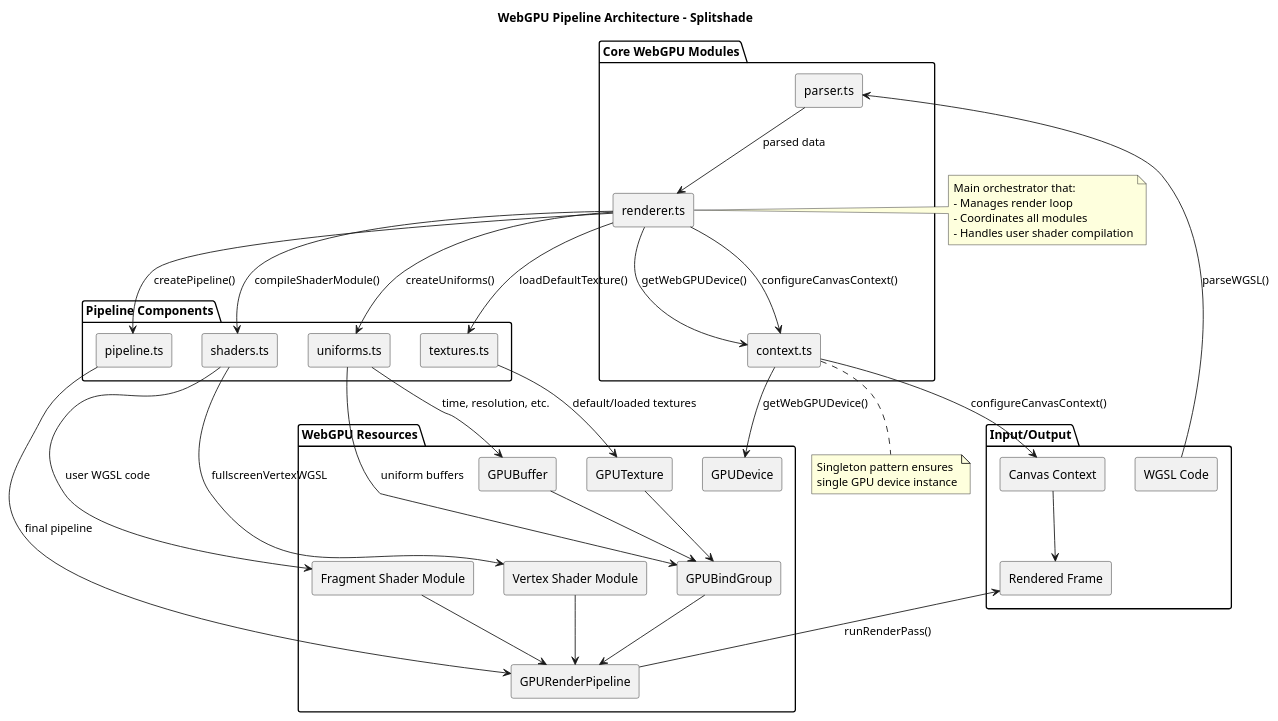
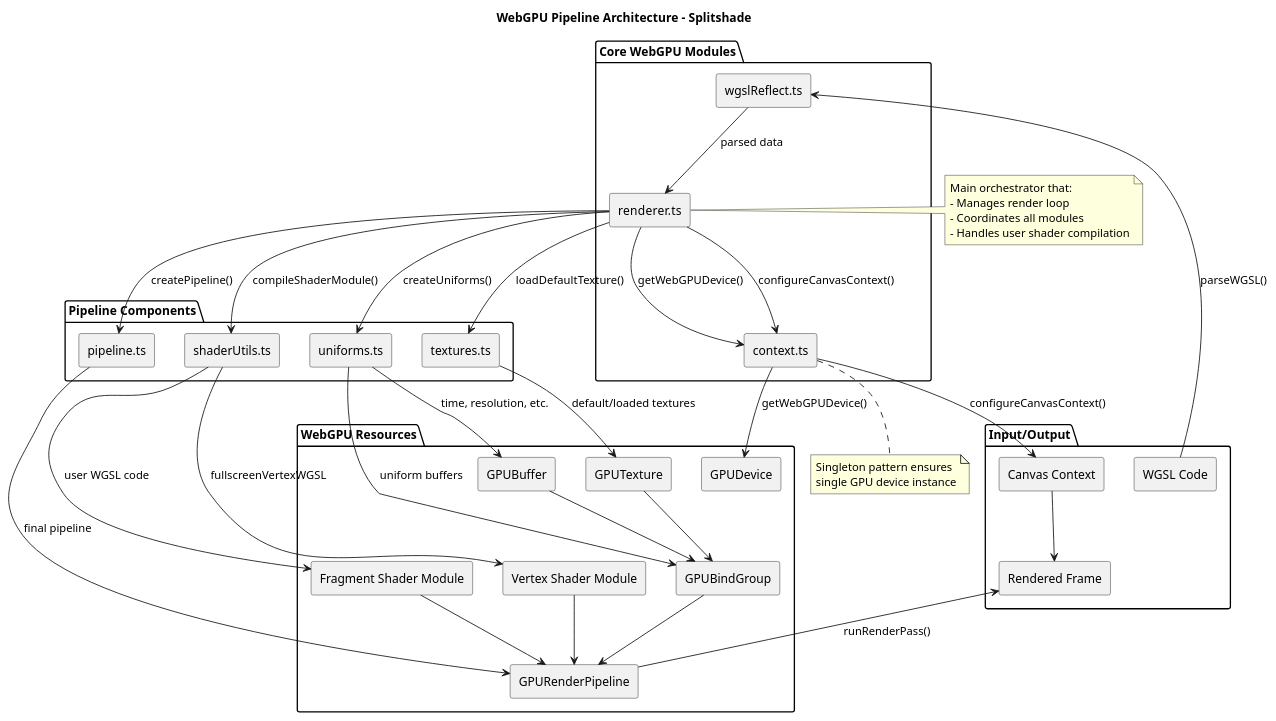
Before and after one commit to AnuKritiW/splitshade: the diagram in assets/uml/ComponentDiagram.puml, drawn with PlantUML.

Commit message:
Rename components in uml diagram.

```diff
--- a/assets/uml/ComponentDiagram.puml
+++ b/assets/uml/ComponentDiagram.puml
@@ -1,85 +1,85 @@
 @startuml
 ' !theme aws-orange
 skinparam componentStyle rectangle
 
 title WebGPU Pipeline Architecture - Splitshade
 
 package "Core WebGPU Modules" {
   [context.ts] as Context
   [renderer.ts] as Renderer
-  [parser.ts] as Parser
+  [wgslReflect.ts] as Parser
 }
 
 package "Pipeline Components" {
-  [shaders.ts] as Shaders
+  [shaderUtils.ts] as Shaders
   [uniforms.ts] as Uniforms
   [textures.ts] as Textures
   [pipeline.ts] as Pipeline
 }
 
 package "WebGPU Resources" {
   [Vertex Shader Module] as VertexShaderModule
   [Fragment Shader Module] as FragmentShaderModule
   [GPUBindGroup] as BindGroup
   [GPURenderPipeline] as RenderPipeline
   [GPUBuffer] as Buffer
   [GPUTexture] as Texture
   [GPUDevice] as Device
 }
 
 package "Input/Output" {
   component "WGSL Code" as WGSL
   component "Canvas Context" as Canvas
   component "Rendered Frame" as Frame
 }
 
 ' Main flow
 WGSL --> Parser : parseWGSL()
 Parser --> Renderer : parsed data
 
 ' Renderer uses context for setup
 Renderer --> Context : getWebGPUDevice()
 Renderer --> Context : configureCanvasContext()
 
 ' Context setup (what context.ts provides)
 Context --> Device : getWebGPUDevice()
 Context --> Canvas : configureCanvasContext()
 
 ' Renderer orchestrates everything
 Renderer --> Shaders : compileShaderModule()
 Renderer --> Uniforms : createUniforms()
 Renderer --> Textures : loadDefaultTexture()
 Renderer --> Pipeline : createPipeline()
 
 ' Resource creation
 Shaders --> VertexShaderModule : fullscreenVertexWGSL
 Shaders --> FragmentShaderModule : user WGSL code
 Uniforms --> BindGroup : uniform buffers
 Uniforms --> Buffer : time, resolution, etc.
 Textures --> Texture : default/loaded textures
 Pipeline --> RenderPipeline : final pipeline
 
 ' Dependencies for pipeline creation
 VertexShaderModule --> RenderPipeline
 FragmentShaderModule --> RenderPipeline
 BindGroup --> RenderPipeline
 Buffer --> BindGroup
 Texture --> BindGroup
 
 ' Final rendering
 RenderPipeline --> Frame : runRenderPass()
 Canvas --> Frame
 
 note right of Renderer
   Main orchestrator that:
   - Manages render loop
   - Coordinates all modules
   - Handles user shader compilation
 end note
 
 note bottom of Context
   Singleton pattern ensures
   single GPU device instance
 end note
 
 @enduml
```
